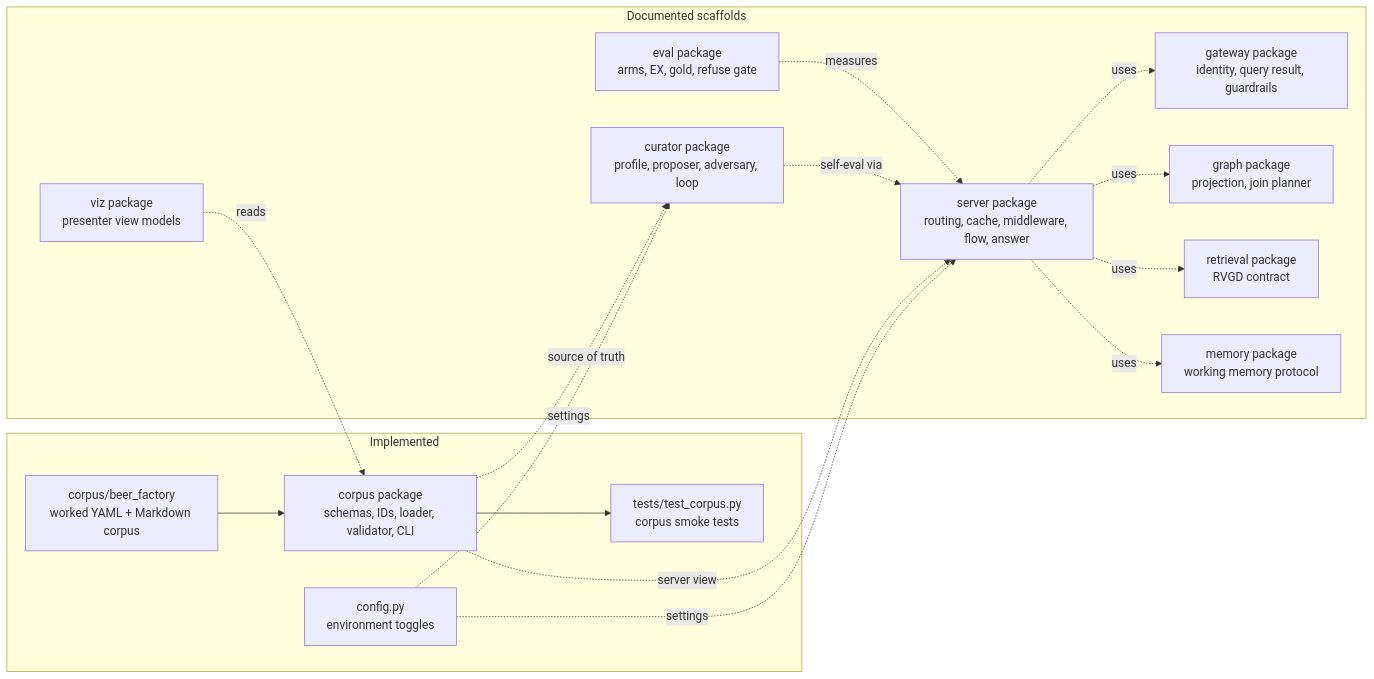
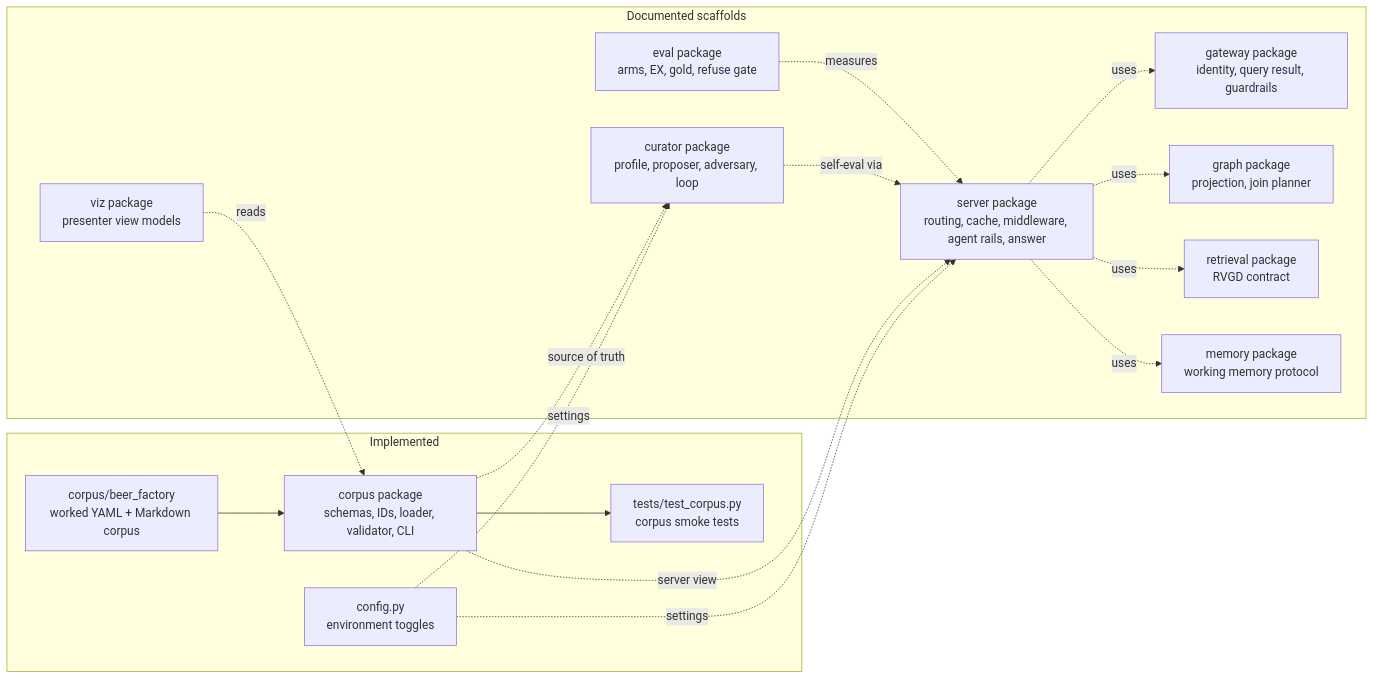
Before and after one commit to Minhao-Zhang/governed-bi: the first of 4 diagrams in docs/diagrams/overview.md, drawn with Mermaid. The commit also changed other lines of this file and 25 other files, not shown here.

````diff
--- a/docs/diagrams/overview.md
+++ b/docs/diagrams/overview.md
@@ -10,34 +10,34 @@
 ```mermaid
 flowchart LR
     subgraph Implemented
         Config["config.py<br/>environment toggles"]
         CorpusPkg["corpus package<br/>schemas, IDs, loader, validator, CLI"]
         ExampleCorpus["corpus/beer_factory<br/>worked YAML + Markdown corpus"]
         Tests["tests/test_corpus.py<br/>corpus smoke tests"]
     end
 
     subgraph "Documented scaffolds"
         CuratorPkg["curator package<br/>profile, proposer, adversary, loop"]
-        ServerPkg["server package<br/>routing, cache, middleware, flow, answer"]
+        ServerPkg["server package<br/>routing, cache, middleware, agent rails, answer"]
         GatewayPkg["gateway package<br/>identity, query result, guardrails"]
         GraphPkg["graph package<br/>projection, join planner"]
         RetrievalPkg["retrieval package<br/>RVGD contract"]
         MemoryPkg["memory package<br/>working memory protocol"]
         EvalPkg["eval package<br/>arms, EX, gold, refuse gate"]
         VizPkg["viz package<br/>presenter view models"]
     end
 
     ExampleCorpus --> CorpusPkg
     CorpusPkg --> Tests
     Config -. settings .-> CuratorPkg
     Config -. settings .-> ServerPkg
     CorpusPkg -. source of truth .-> CuratorPkg
     CorpusPkg -. server view .-> ServerPkg
     ServerPkg -. uses .-> GatewayPkg
     ServerPkg -. uses .-> GraphPkg
     ServerPkg -. uses .-> RetrievalPkg
     ServerPkg -. uses .-> MemoryPkg
     CuratorPkg -. self-eval via .-> ServerPkg
     EvalPkg -. measures .-> ServerPkg
     VizPkg -. reads .-> CorpusPkg
 ```
````
